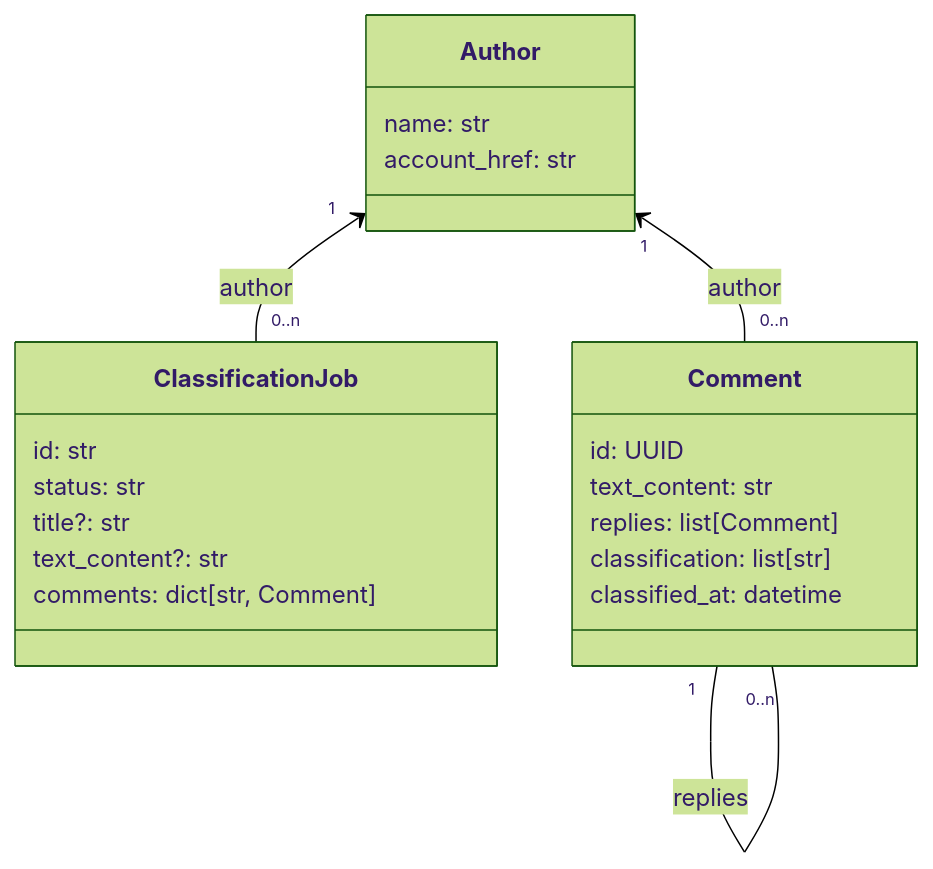
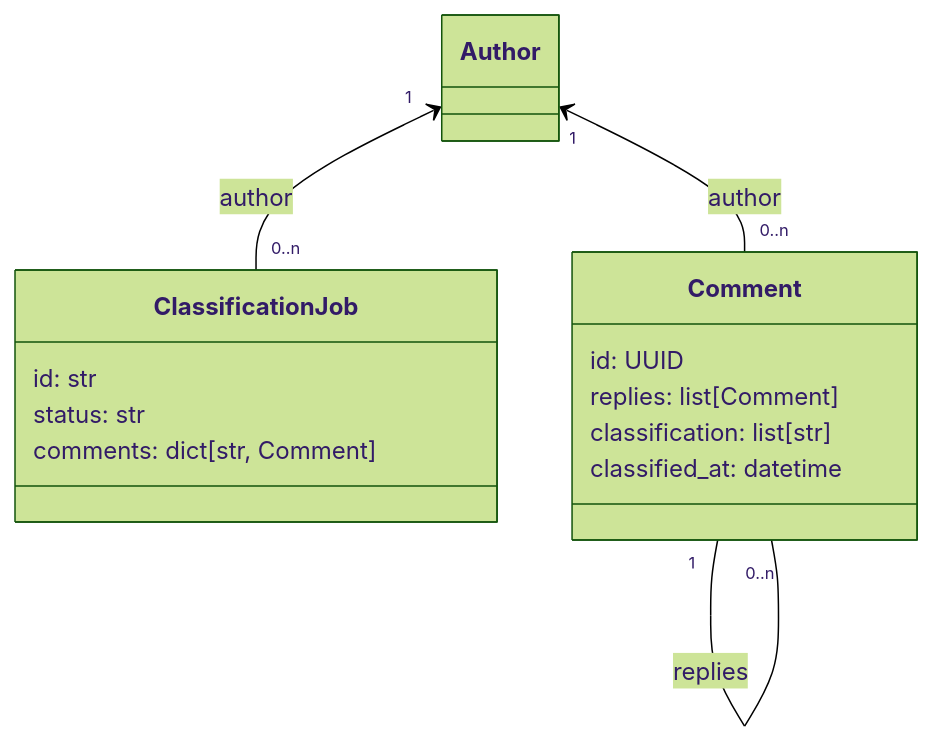
Before and after one commit to dataforgoodfr/14_BalanceTesHaters: the third of 3 diagrams in docs/backend/api.md, drawn with Mermaid (forest theme). The commit also changed other lines of this file, not shown here.

````diff
--- a/docs/backend/api.md
+++ b/docs/backend/api.md
@@ -90,26 +90,18 @@
 ```mermaid
 classDiagram
-    class Author {
-        name: str
-        account_href: str
-    }
-
     class ClassificationJob {
         id: str
         status: str
-        title?: str
-        text_content?: str
         comments: dict[str, Comment]
     }
     Author "1" <-- "0..n" ClassificationJob : author
 
     class Comment {
         id: UUID
-        text_content: str
         replies: list[Comment]
         classification: list[str]
         classified_at: datetime
     }
     Author "1" <-- "0..n" Comment : author
     Comment "1" -- "0..n" Comment : replies
 ```
````
